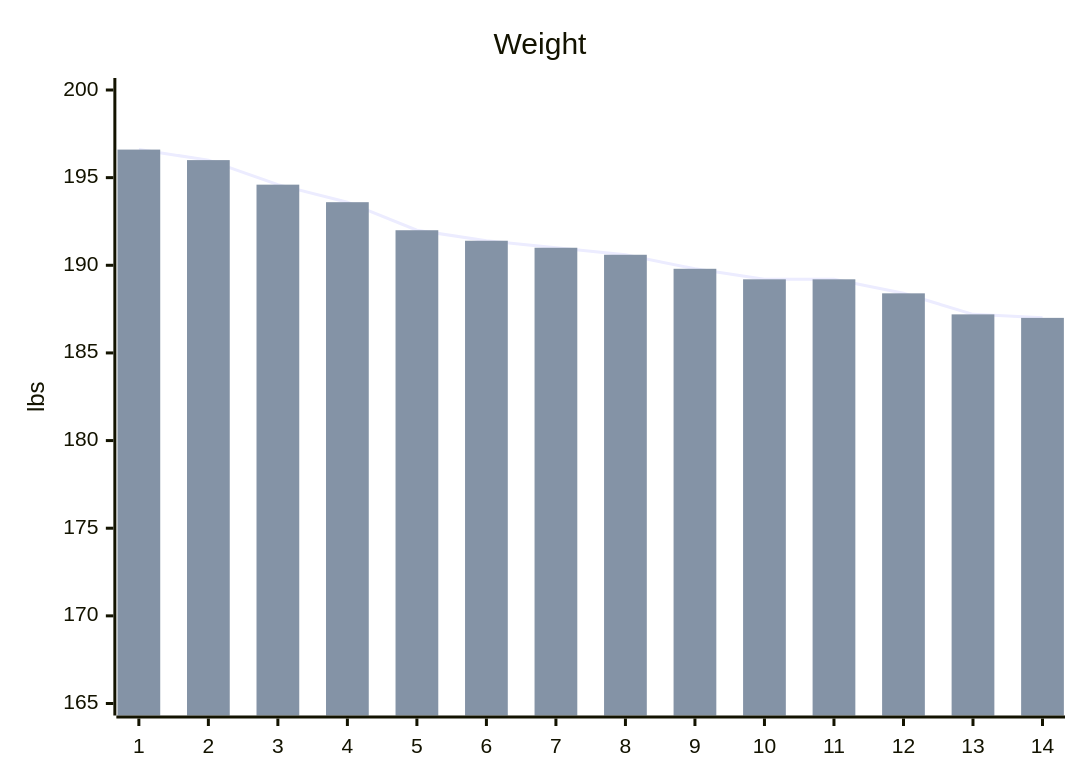
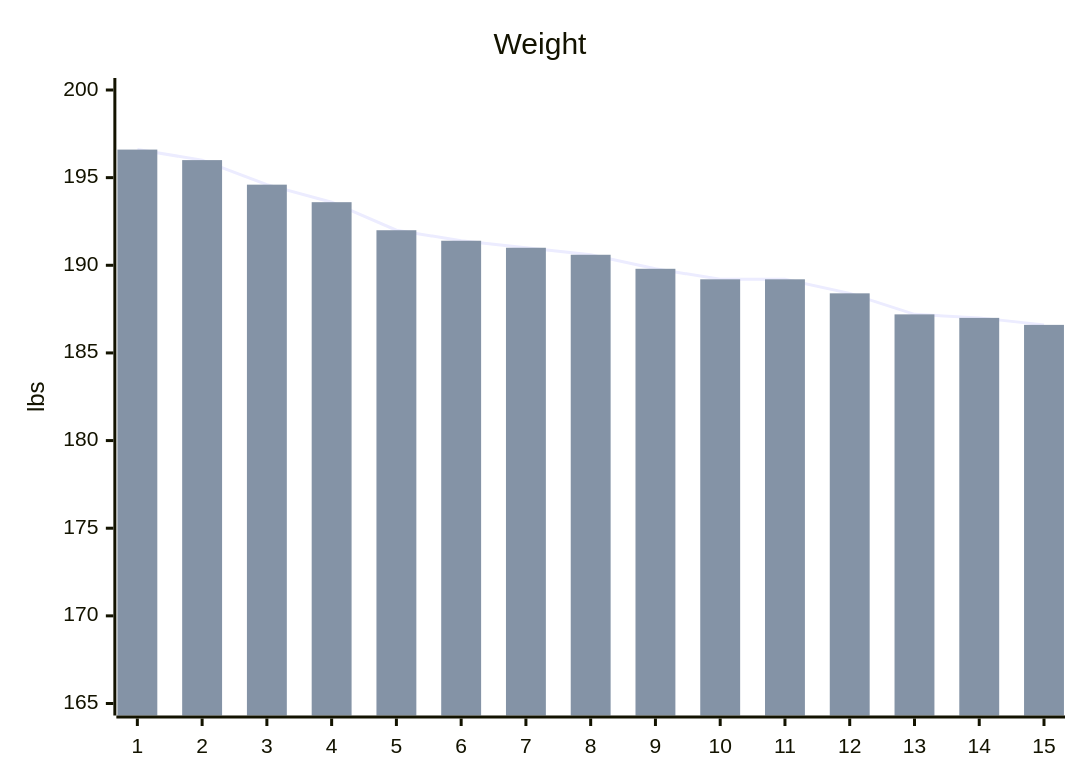
The diagram in all_collections/_personal/goals.md (stevenelson35/stevenelson35.github.io), drawn with Mermaid before and after one commit. The commit also changed other lines of this file, not shown here.

```diff
--- a/all_collections/_personal/goals.md
+++ b/all_collections/_personal/goals.md
@@ -11,8 +11,8 @@
 <pre class="mermaid" >
   xychart-beta
     title "Weight" 
-    x-axis [1, 2, 3, 4, 5, 6, 7, 8, 9, 10, 11, 12, 13, 14] 
+    x-axis [1, 2, 3, 4, 5, 6, 7, 8, 9, 10, 11, 12, 13, 14, 15] 
     y-axis "lbs" 165 --> 200
-    line [196.6, 196.0, 194.6, 193.6, 192.0, 191.4, 191.0, 190.6, 189.8, 189.2, 189.2, 188.4, 187.2, 187.0]
-    bar [196.6, 196.0, 194.6, 193.6, 192.0, 191.4, 191.0, 190.6, 189.8, 189.2, 189.2, 188.4, 187.2, 187.0]
+    line [196.6, 196.0, 194.6, 193.6, 192.0, 191.4, 191.0, 190.6, 189.8, 189.2, 189.2, 188.4, 187.2, 187.0, 186.6]
+    bar [196.6, 196.0, 194.6, 193.6, 192.0, 191.4, 191.0, 190.6, 189.8, 189.2, 189.2, 188.4, 187.2, 187.0, 186.6]
 </pre>
```
